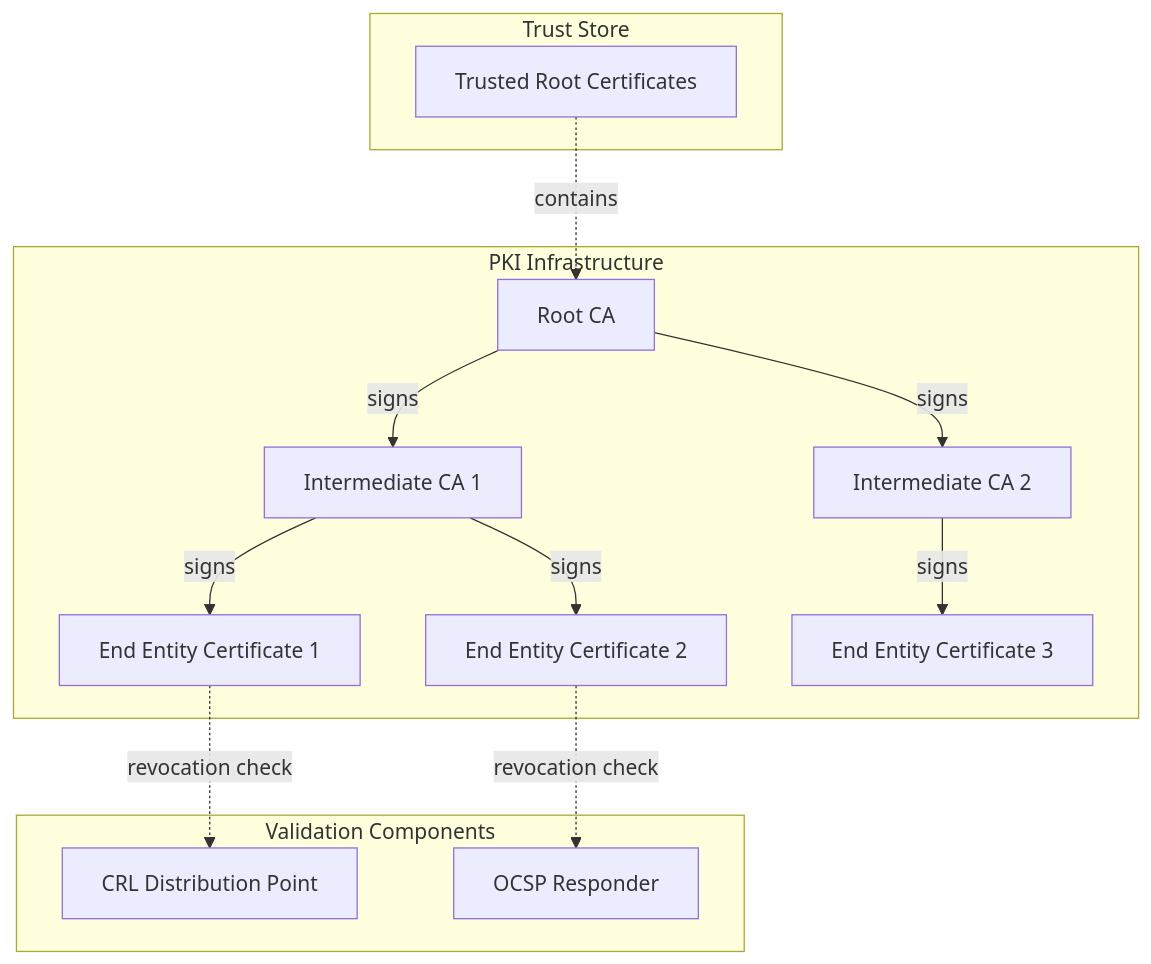
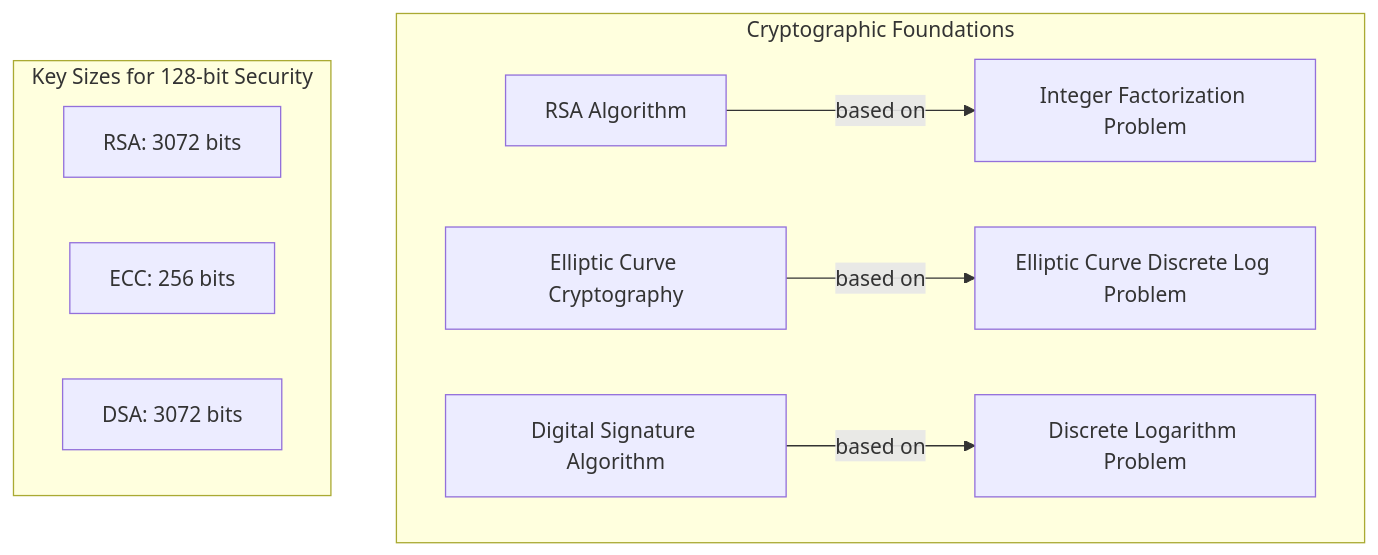
The first of 6 diagrams in articles/security/pki.md (gtnao/viblog), drawn with Mermaid before and after one commit. The commit also changed other lines of this file and 1 other file, not shown here.

````diff
--- a/articles/security/pki.md
+++ b/articles/security/pki.md
@@ -11,30 +35,18 @@
 ```mermaid
 graph TB
-    subgraph "PKI Infrastructure"
-        RCA[Root CA]
-        ICA1[Intermediate CA 1]
-        ICA2[Intermediate CA 2]
-        EE1[End Entity Certificate 1]
-        EE2[End Entity Certificate 2]
-        EE3[End Entity Certificate 3]
+    subgraph "Cryptographic Foundations"
+        RSA[RSA Algorithm]
+        ECC[Elliptic Curve Cryptography]
+        DSA[Digital Signature Algorithm]
         
-        RCA -->|signs| ICA1
-        RCA -->|signs| ICA2
-        ICA1 -->|signs| EE1
-        ICA1 -->|signs| EE2
-        ICA2 -->|signs| EE3
+        RSA --> |based on| Factorization[Integer Factorization Problem]
+        ECC --> |based on| ECDLP[Elliptic Curve Discrete Log Problem]
+        DSA --> |based on| DLP[Discrete Logarithm Problem]
     end
     
-    subgraph "Trust Store"
-        TS[Trusted Root Certificates]
+    subgraph "Key Sizes for 128-bit Security"
+        RSA_Size[RSA: 3072 bits]
+        ECC_Size[ECC: 256 bits]
+        DSA_Size[DSA: 3072 bits]
     end
-    
-    subgraph "Validation Components"
-        CRL[CRL Distribution Point]
-        OCSP[OCSP Responder]
-    end
-    
-    TS -.->|contains| RCA
-    EE1 -.->|revocation check| CRL
-    EE2 -.->|revocation check| OCSP
 ```
````
